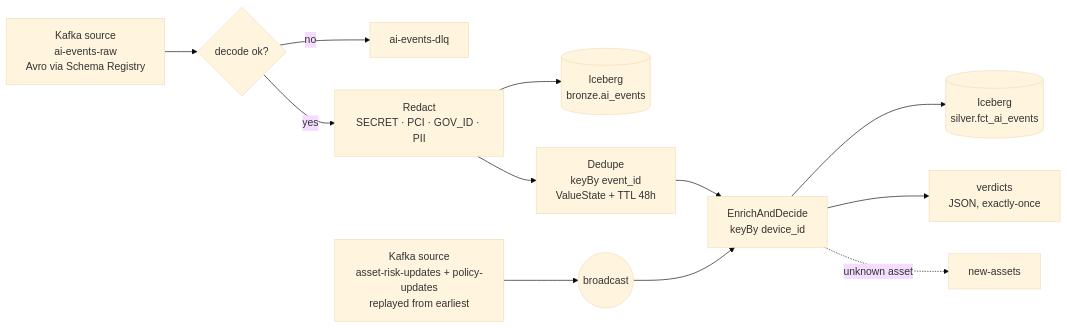
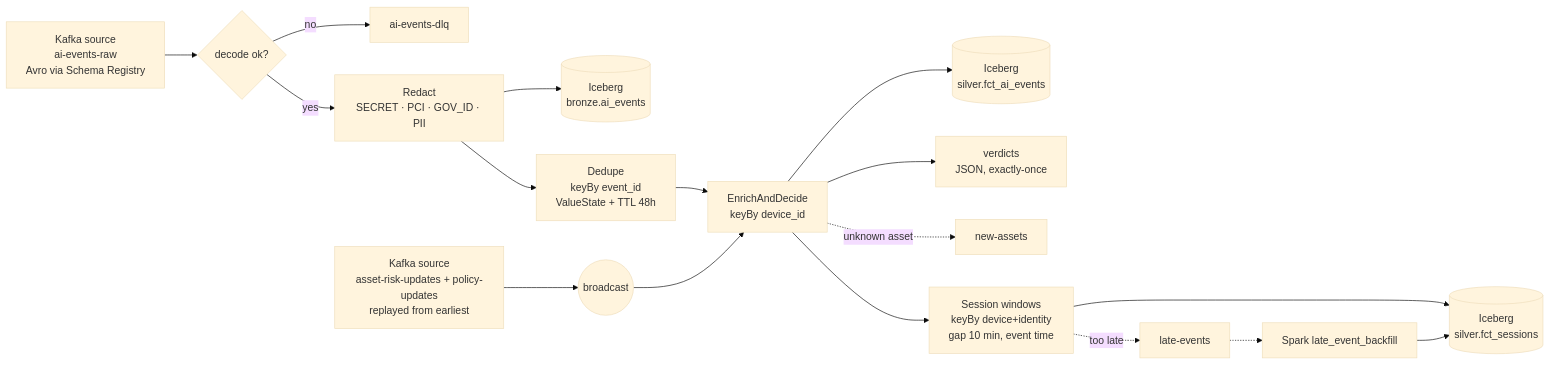
Before and after one commit to sayanah1121/AIRS-Lite-an-AI-Asset-Risk-Lakehouse: the first of 4 diagrams in docs/04-pipelines.md, drawn with Mermaid (base theme). The commit also changed other lines of this file and 104 other files, not shown here.

````diff
--- a/docs/04-pipelines.md
+++ b/docs/04-pipelines.md
@@ -44,14 +44,18 @@
 ```mermaid
 flowchart LR
     SRC[Kafka source<br/>ai-events-raw<br/>Avro via Schema Registry] --> SPLIT{decode ok?}
     SPLIT -- no --> DLQ[ai-events-dlq]
     SPLIT -- yes --> RED[Redact<br/>SECRET · PCI · GOV_ID · PII]
     RED --> BRZ[(Iceberg<br/>bronze.ai_events)]
     RED --> DED[Dedupe<br/>keyBy event_id<br/>ValueState + TTL 48h]
     CTL[Kafka source<br/>asset-risk-updates + policy-updates<br/>replayed from earliest] --> BC((broadcast))
     DED --> ENR[EnrichAndDecide<br/>keyBy device_id]
     BC --> ENR
     ENR --> SLV[(Iceberg<br/>silver.fct_ai_events)]
     ENR --> VER[verdicts<br/>JSON, exactly-once]
     ENR -.unknown asset.-> NEW[new-assets]
+    ENR --> SES[Session windows<br/>keyBy device+identity<br/>gap 10 min, event time]
+    SES --> FS[(Iceberg<br/>silver.fct_sessions)]
+    SES -.too late.-> LATE[late-events] -.-> BF[Spark late_event_backfill]
+    BF --> FS
 ```
````
